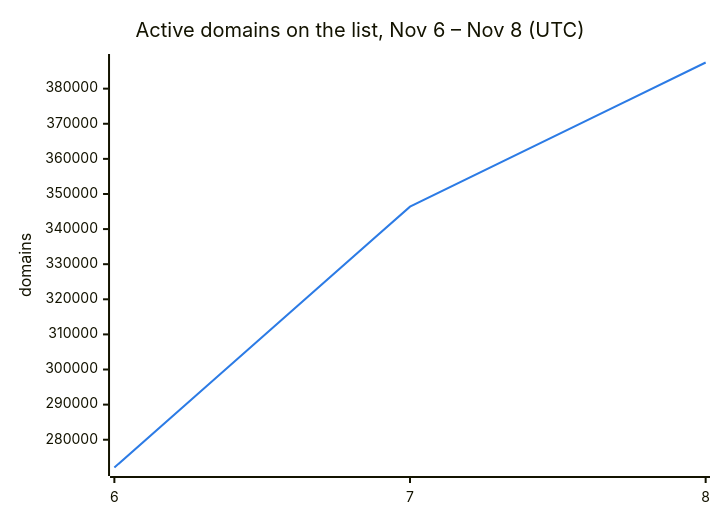
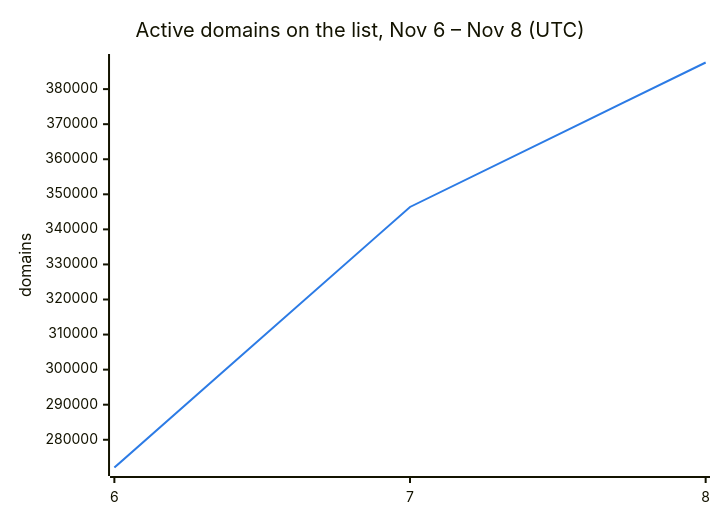
One commit to DNSBunker/CTI changed the second of 3 diagrams in README.md. Above: the diagram before and after it, drawn with Mermaid. The commit also changed other lines of this file and 3 other files, not shown here.

````diff
--- a/README.md
+++ b/README.md
@@ -38,8 +38,8 @@
 ```mermaid
 %%{init: {"themeVariables": {"xyChart": {"plotColorPalette": "#2c7be5"}}}}%%
 xychart-beta
     title "Active domains on the list, Nov 6 – Nov 8 (UTC)"
     x-axis ["6", "7", "8"]
     y-axis "domains"
-    line [272088, 346388, 387450]
+    line [272088, 346388, 387591]
 ```
````
